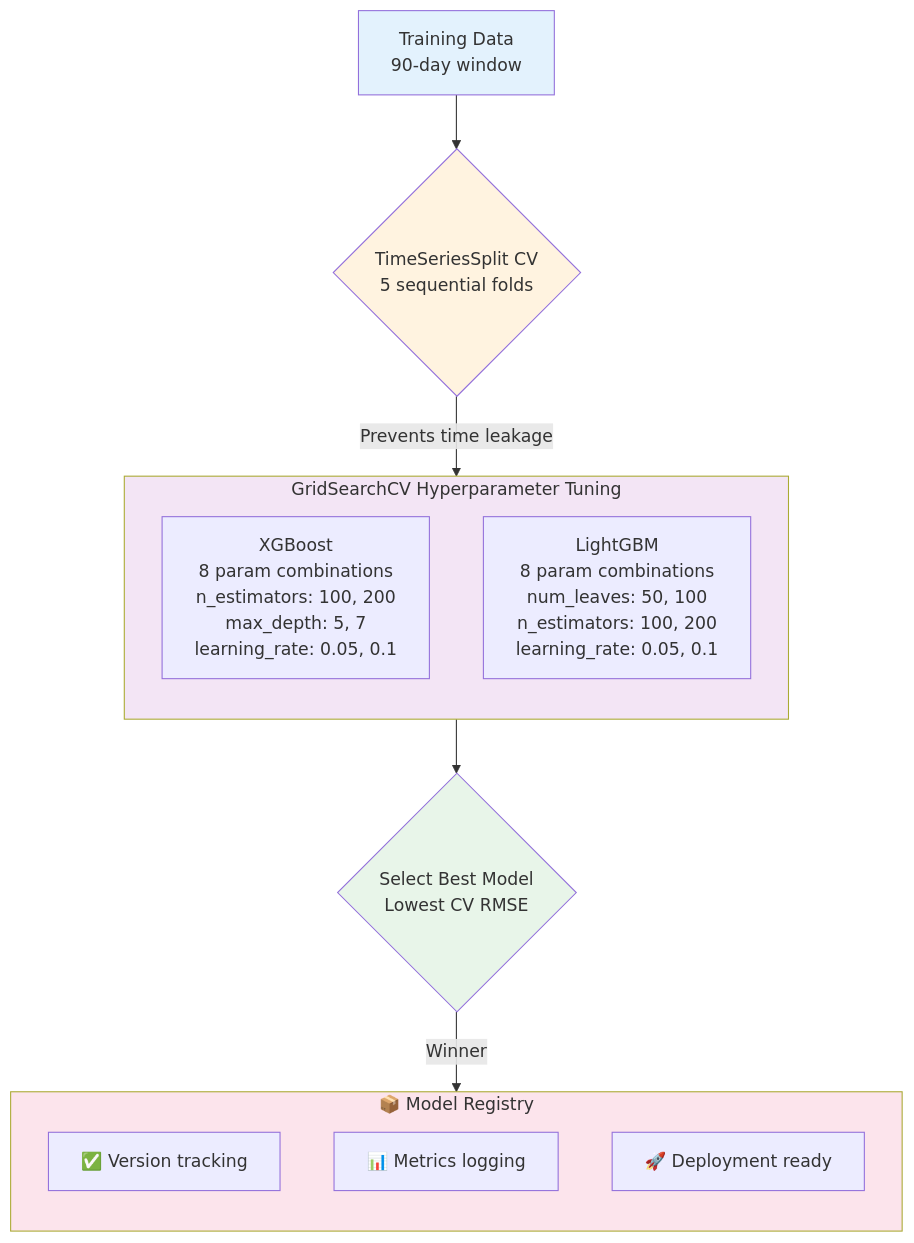
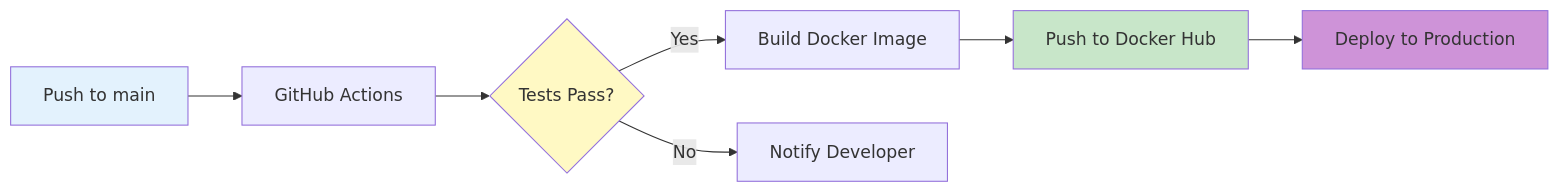
Before and after one commit to JavithNaseem-J/WattPredictor: the fourth of 4 diagrams in README.md, drawn with Mermaid. The commit also changed other lines of this file and 6 other files, not shown here.

````diff
--- a/README.md
+++ b/README.md
@@ -189,29 +341,14 @@
 ```mermaid
-flowchart TD
-    A[Training Data<br/>90-day window] --> B{TimeSeriesSplit CV<br/>5 sequential folds}
-    
-    B -->|Prevents time leakage| C[GridSearchCV Tuning]
-    
-    subgraph C["GridSearchCV Hyperparameter Tuning"]
-        direction TB
-        C1[XGBoost<br/>8 param combinations<br/>n_estimators: 100, 200<br/>max_depth: 5, 7<br/>learning_rate: 0.05, 0.1]
-        C2[LightGBM<br/>8 param combinations<br/>num_leaves: 50, 100<br/>n_estimators: 100, 200<br/>learning_rate: 0.05, 0.1]
-    end
-    
-    C --> D{Select Best Model<br/>Lowest CV RMSE}
-    
-    D -->|Winner| E[Hopsworks Model Registry]
-    
-    subgraph E["📦 Model Registry"]
-        direction TB
-        E1[✅ Version tracking]
-        E2[📊 Metrics logging]
-        E3[🚀 Deployment ready]
-    end
+graph LR
+    A[Push to main] --> B[GitHub Actions]
+    B --> C{Tests Pass?}
+    C -->|Yes| D[Build Docker Image]
+    C -->|No| E[Notify Developer]
+    D --> F[Push to Docker Hub]
+    F --> G[Deploy to Production]
     
     style A fill:#e3f2fd
-    style B fill:#fff3e0
-    style C fill:#f3e5f5
-    style D fill:#e8f5e9
-    style E fill:#fce4ec
+    style C fill:#fff9c4
+    style F fill:#c8e6c9
+    style G fill:#ce93d8
 ```
````
